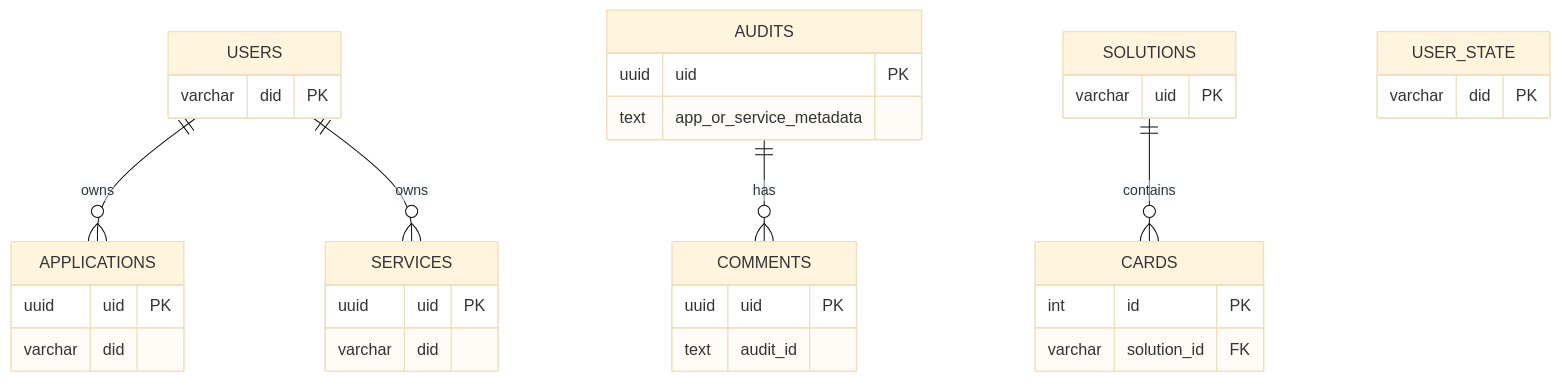
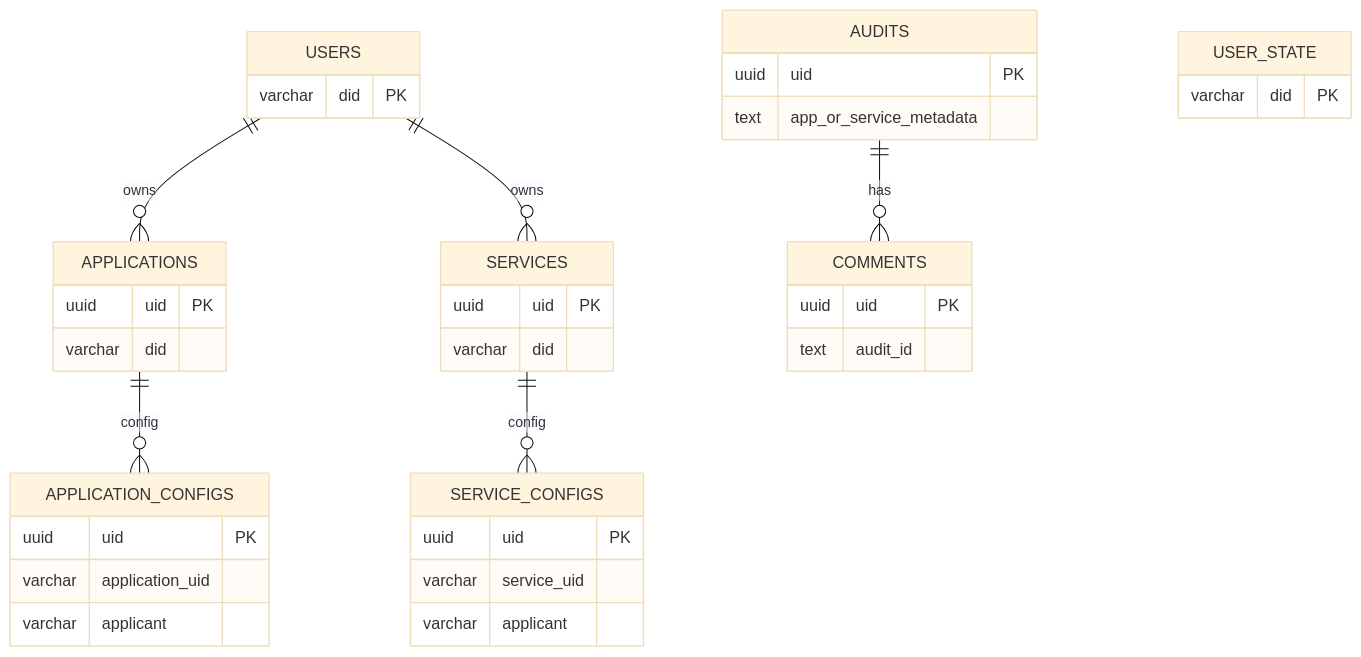
One commit to yeying-community/node changed the diagram in docs/en/schema.md. Above: the diagram before and after it, drawn with Mermaid (base theme). The commit also changed other lines of this file and 326 other files, not shown here.

````diff
--- a/docs/en/schema.md
+++ b/docs/en/schema.md
@@ -8,37 +8,41 @@
 ```mermaid
 erDiagram
   USERS ||--o{ APPLICATIONS : owns
   USERS ||--o{ SERVICES : owns
   AUDITS ||--o{ COMMENTS : has
-  SOLUTIONS ||--o{ CARDS : contains
+  SERVICES ||--o{ SERVICE_CONFIGS : config
+  APPLICATIONS ||--o{ APPLICATION_CONFIGS : config
 
   USERS {
     varchar did PK
   }
   USER_STATE {
     varchar did PK
   }
   APPLICATIONS {
     uuid uid PK
     varchar did
   }
   SERVICES {
     uuid uid PK
     varchar did
   }
+  SERVICE_CONFIGS {
+    uuid uid PK
+    varchar service_uid
+    varchar applicant
+  }
   AUDITS {
     uuid uid PK
     text app_or_service_metadata
+  }
+  APPLICATION_CONFIGS {
+    uuid uid PK
+    varchar application_uid
+    varchar applicant
   }
   COMMENTS {
     uuid uid PK
     text audit_id
   }
-  SOLUTIONS {
-    varchar uid PK
-  }
-  CARDS {
-    int id PK
-    varchar solution_id FK
-  }
 ```
````
